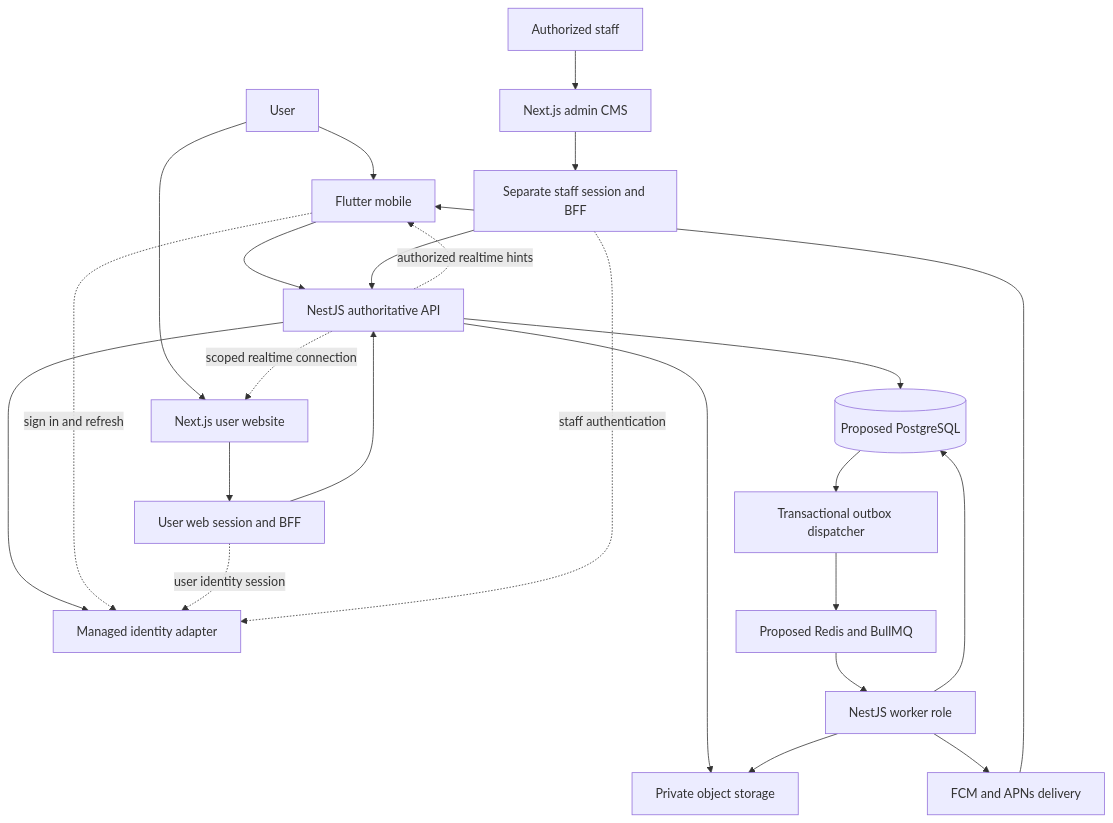
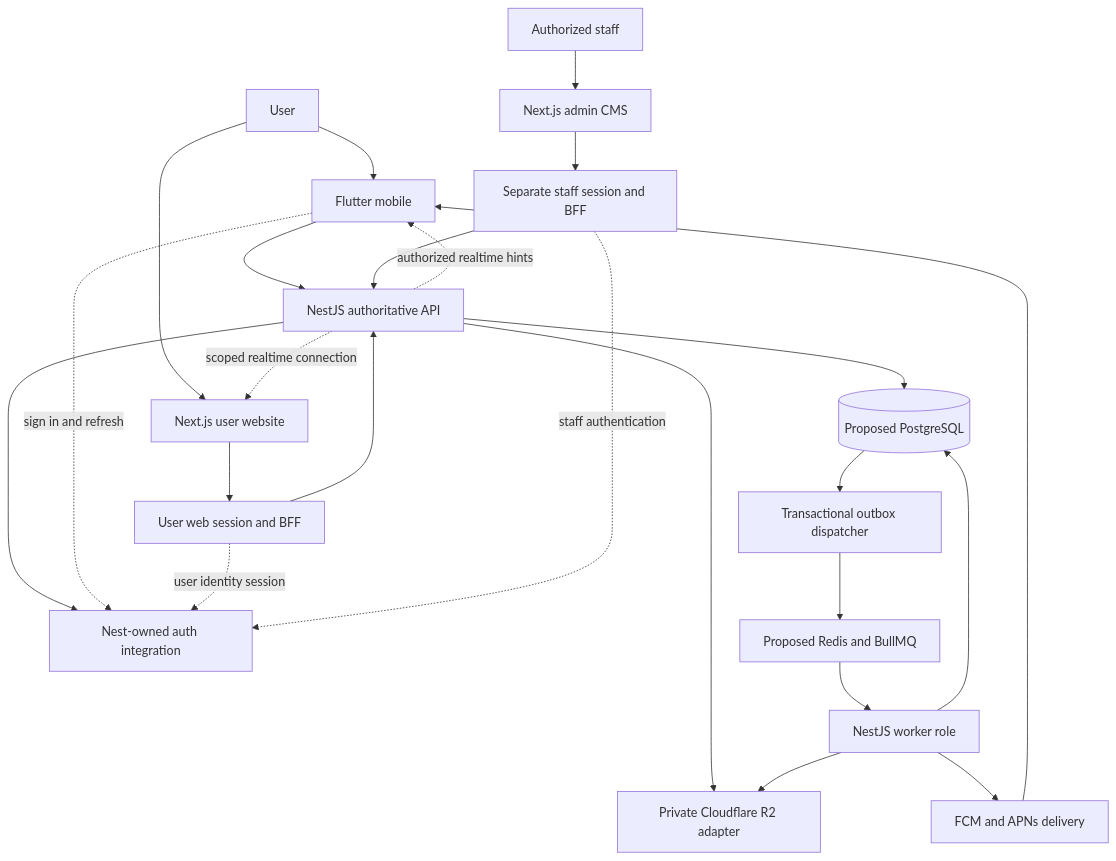
One commit to andirifqialnurr/your-own changed the first of 2 diagrams in docs/cookbook/architecture.md. Above: the diagram before and after it, drawn with Mermaid. The commit also changed other lines of this file and 16 other files, not shown here.

````diff
--- a/docs/cookbook/architecture.md
+++ b/docs/cookbook/architecture.md
@@ -89,26 +90,26 @@
 ```mermaid
 flowchart TB
     Person[User] --> Mobile[Flutter mobile]
     Person --> Web[Next.js user website]
     Staff[Authorized staff] --> Admin[Next.js admin CMS]
     Mobile --> API[NestJS authoritative API]
     Web --> BFF[User web session and BFF]
     Admin --> ABFF[Separate staff session and BFF]
     BFF --> API
     ABFF --> API
     API --> DB[(Proposed PostgreSQL)]
-    API --> Media[Private object storage]
-    API --> Auth[Managed identity adapter]
+    API --> Media[Private Cloudflare R2 adapter]
+    API --> Auth[Nest-owned auth integration]
     Mobile -. sign in and refresh .-> Auth
     BFF -. user identity session .-> Auth
     ABFF -. staff authentication .-> Auth
     DB --> Dispatch[Transactional outbox dispatcher]
     Dispatch --> Queue[Proposed Redis and BullMQ]
     Queue --> Worker[NestJS worker role]
     Worker --> DB
     Worker --> Media
     Worker --> Push[FCM and APNs delivery]
     Push --> Mobile
     API -. authorized realtime hints .-> Mobile
     API -. scoped realtime connection .-> Web
 ```
````
